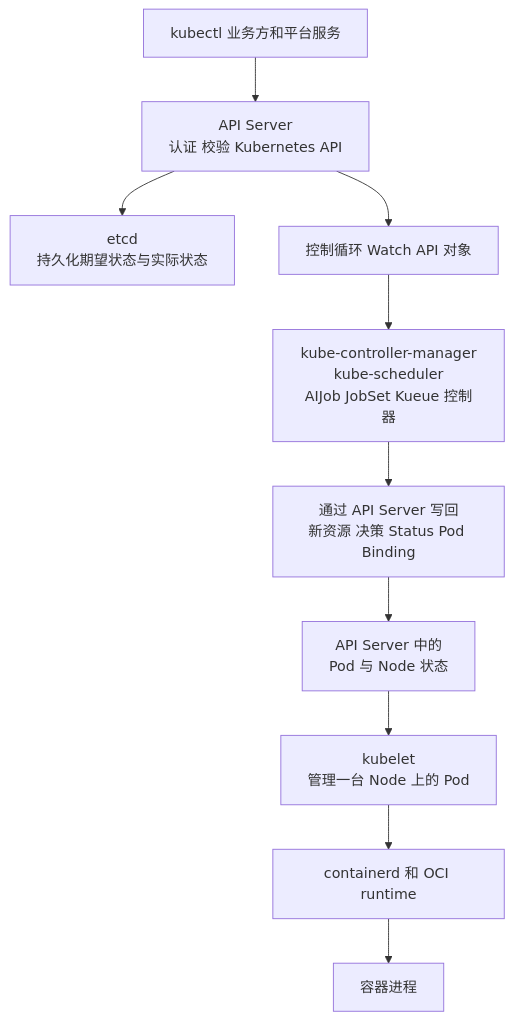
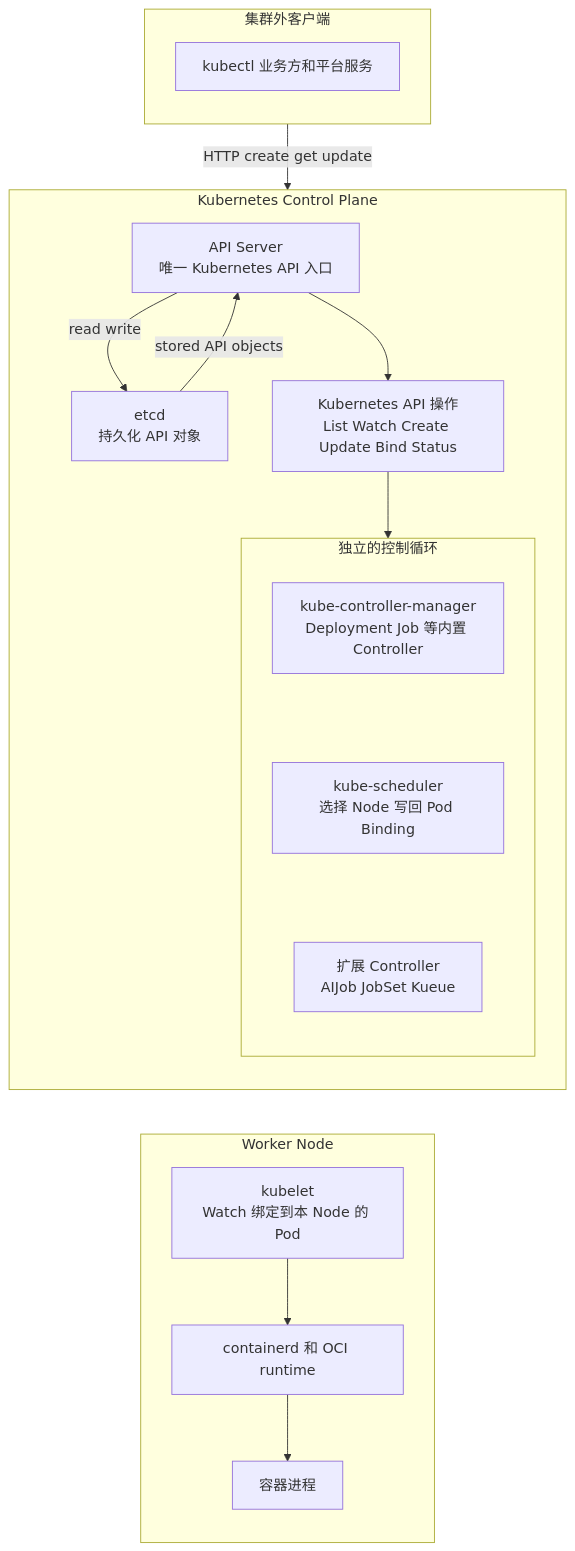
The first of 14 diagrams in docs/tutorial.md (tihaya-anon/ai-infra), drawn with Mermaid before and after one commit. The commit also changed other lines of this file, not shown here.

Commit message:
docs: explain Kubernetes control loops end to end

````diff
--- a/docs/tutorial.md
+++ b/docs/tutorial.md
@@ -41,23 +41,38 @@
 ```mermaid
 flowchart TD
-    Client[kubectl 业务方和平台服务]
-    API[API Server<br/>认证 校验 Kubernetes API]
-    Etcd[etcd<br/>持久化期望状态与实际状态]
-    Watch[控制循环 Watch API 对象]
-    Reconcilers[kube-controller-manager<br/>kube-scheduler<br/>AIJob JobSet Kueue 控制器]
-    WriteBack[通过 API Server 写回<br/>新资源 决策 Status Pod Binding]
-    NodeState[API Server 中的<br/>Pod 与 Node 状态]
-    Kubelet[kubelet<br/>管理一台 Node 上的 Pod]
-    Runtime[containerd 和 OCI runtime]
-    Process[容器进程]
+    subgraph Clients[集群外客户端]
+        direction TB
+        Client[kubectl 业务方和平台服务]
+    end
 
-    Client --> API
-    API --> Etcd
-    API --> Watch
-    Watch --> Reconcilers
-    Reconcilers --> WriteBack
-    WriteBack --> NodeState
-    NodeState --> Kubelet
+    subgraph ControlPlane[Kubernetes Control Plane]
+        direction TB
+        API[API Server<br/>唯一 Kubernetes API 入口]
+        Etcd[etcd<br/>持久化 API 对象]
+        Channel[Kubernetes API 操作<br/>List Watch Create Update Bind Status]
+        subgraph ControlLoops[独立的控制循环]
+            direction TB
+            ControllerManager[kube-controller-manager<br/>Deployment Job 等内置 Controller]
+            Scheduler[kube-scheduler<br/>选择 Node 写回 Pod Binding]
+            Extension[扩展 Controller<br/>AIJob JobSet Kueue]
+        end
+    end
+
+    subgraph WorkerNode[Worker Node]
+        direction TB
+        Kubelet[kubelet<br/>Watch 绑定到本 Node 的 Pod]
+        Runtime[containerd 和 OCI runtime]
+        Process[容器进程]
+    end
+
+    Client -->|HTTP create get update| API
+    API -->|read write| Etcd
+    Etcd -->|stored API objects| API
+    API --> Channel
+    Channel --> ControllerManager
+    ControllerManager ~~~ Scheduler
+    Scheduler ~~~ Extension
+    Extension ~~~ Kubelet
     Kubelet --> Runtime
     Runtime --> Process
 ```
````
